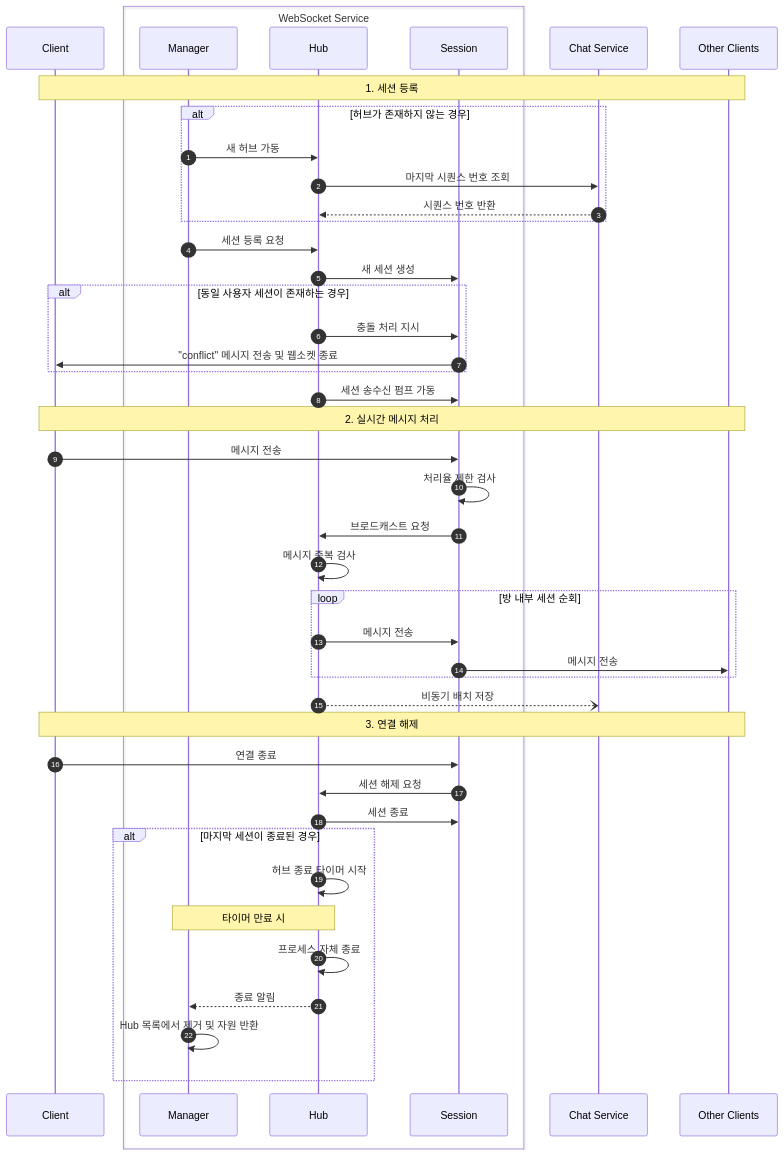
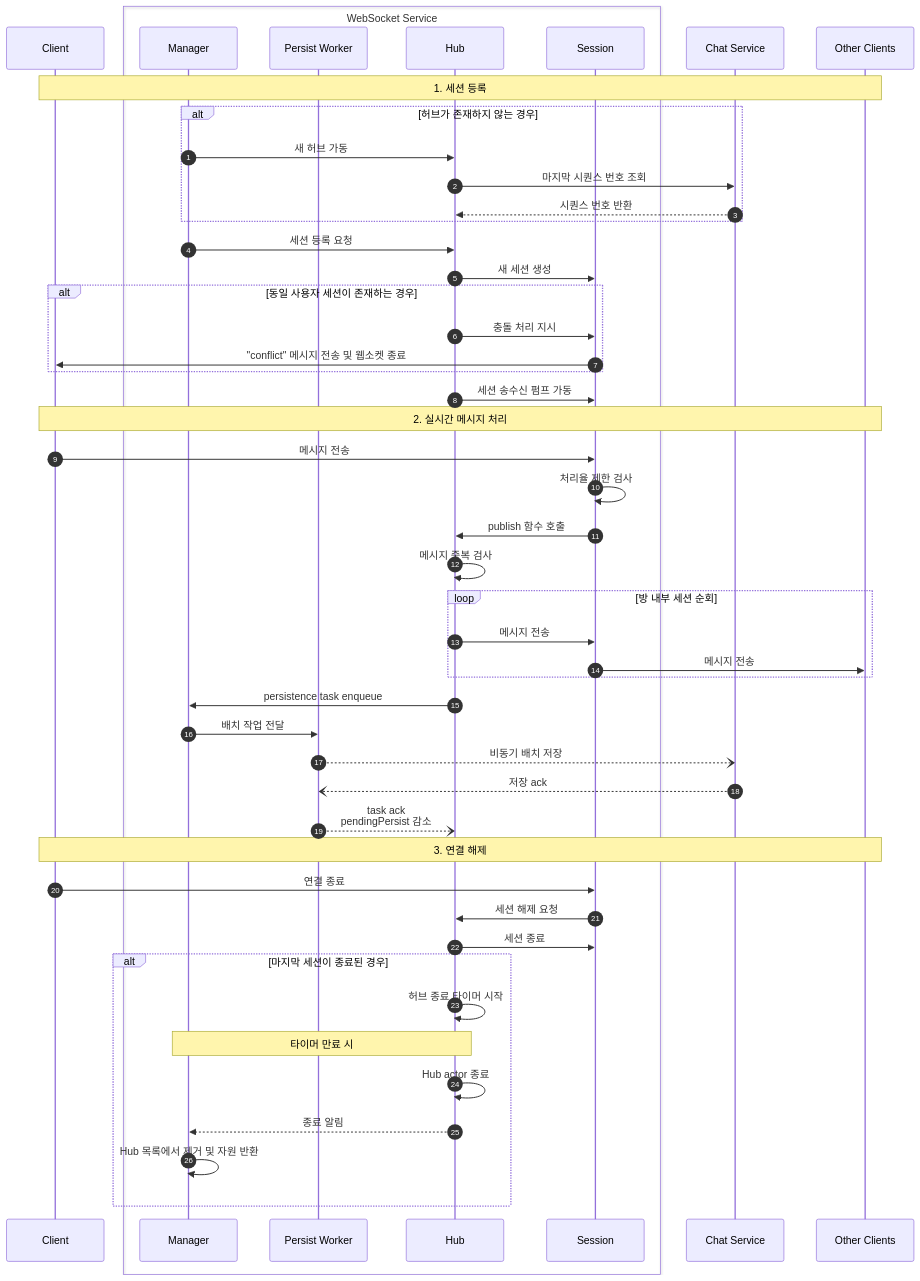
Before and after one commit to happyhun/go-chat-msa: the diagram in docs/diagrams/seq-websocket.mmd, drawn with Mermaid. The commit also changed 5 other files, not shown here.

```diff
--- a/docs/diagrams/seq-websocket.mmd
+++ b/docs/diagrams/seq-websocket.mmd
@@ -1,56 +1,61 @@
 sequenceDiagram
     autonumber
 
     participant Client as Client
 
     box WebSocket Service
         participant Manager as Manager
+        participant Worker as Persist Worker
         participant Hub as Hub
         participant Session as Session
     end
 
     participant ChatSvc as Chat Service
     participant Others as Other Clients
 
     Note over Client, Others: 1. 세션 등록
     alt 허브가 존재하지 않는 경우
         Manager->>Hub: 새 허브 가동
         Hub->>ChatSvc: 마지막 시퀀스 번호 조회
         ChatSvc-->>Hub: 시퀀스 번호 반환
     end
 
     Manager->>Hub: 세션 등록 요청
     Hub->>Session: 새 세션 생성
 
     alt 동일 사용자 세션이 존재하는 경우
         Hub->>Session: 충돌 처리 지시
         Session->>Client: "conflict" 메시지 전송 및 웹소켓 종료
     end
 
     Hub->>Session: 세션 송수신 펌프 가동
 
     Note over Client, Others: 2. 실시간 메시지 처리
     Client->>Session: 메시지 전송
     Session->>Session: 처리율 제한 검사
-    Session->>Hub: 브로드캐스트 요청
+    Session->>Hub: publish 함수 호출
     Hub->>Hub: 메시지 중복 검사
 
     loop 방 내부 세션 순회
         Hub->>Session: 메시지 전송
         Session->>Others: 메시지 전송
     end
 
-    Hub--)ChatSvc: 비동기 배치 저장
+    Hub->>Manager: persistence task enqueue
+    Manager->>Worker: 배치 작업 전달
+    Worker--)ChatSvc: 비동기 배치 저장
+    ChatSvc--)Worker: 저장 ack
+    Worker--)Hub: task ack<br/>pendingPersist 감소
 
     Note over Client, Others: 3. 연결 해제
     Client->>Session: 연결 종료
     Session->>Hub: 세션 해제 요청
     Hub->>Session: 세션 종료
 
     alt 마지막 세션이 종료된 경우
         Hub->>Hub: 허브 종료 타이머 시작
         Note over Manager, Hub: 타이머 만료 시
-        Hub->>Hub: 프로세스 자체 종료
+        Hub->>Hub: Hub actor 종료
         Hub-->>Manager: 종료 알림
         Manager->>Manager: Hub 목록에서 제거 및 자원 반환
     end
```
